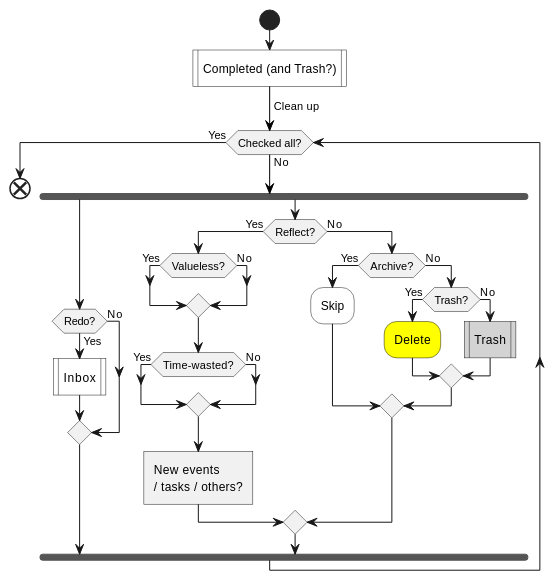
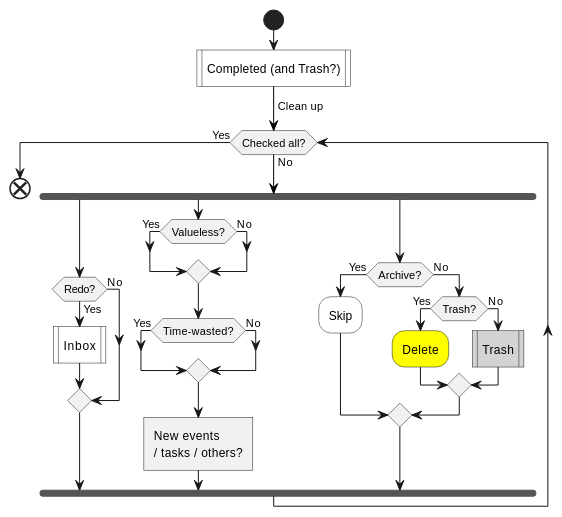
One commit to IceHe/icehe-lib changed the sixth of 6 diagrams in lifelogs/rehabilitation.md. Above: the diagram before and after it, drawn with PlantUML. The commit also changed other lines of this file, not shown here.

````diff
--- a/lifelogs/rehabilitation.md
+++ b/lifelogs/rehabilitation.md
@@ -410,38 +358,36 @@
 ```plantuml
 @startuml
 start
 #white:Completed (and Trash?)|
 -[#black]-> Clean up;
 while (Checked all?) is (No)
     fork
         if (Redo?) then (Yes)
             #white:Inbox|
             '#white:Redo;
             '#lightGray:Task|
         else (No)
         endif
     fork again
-        if (Reflect?) then (Yes)
-            if (Valueless?) then (Yes)
+        if (Valueless?) then (Yes)
+        else (No)
+        endif
+        if (Time-wasted?) then (Yes)
+        else (No)
+        endif
+        :New events \n/ tasks / others?]
+    fork again
+        if (Archive?) then (Yes)
+            #white:Skip;
+        else (No)
+            if (Trash?) then (Yes)
+                #yellow:Delete;
             else (No)
-            endif
-            if (Time-wasted?) then (Yes)
-            else (No)
-            endif
-            :New events \n/ tasks / others?]
-        else (No)
-            if (Archive?) then (Yes)
-                #white:Skip;
-            else (No)
-                if (Trash?) then (Yes)
-                    #yellow:Delete;
-                else (No)
-                    #lightGray:Trash|
-                endif
+                #lightGray:Trash|
             endif
         endif
     end fork
 endwhile (Yes)
 end
 @enduml
 ```
````
